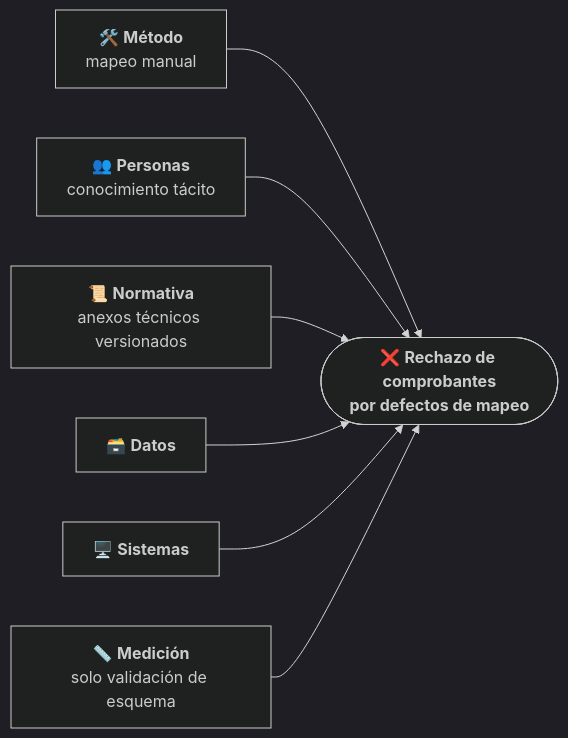
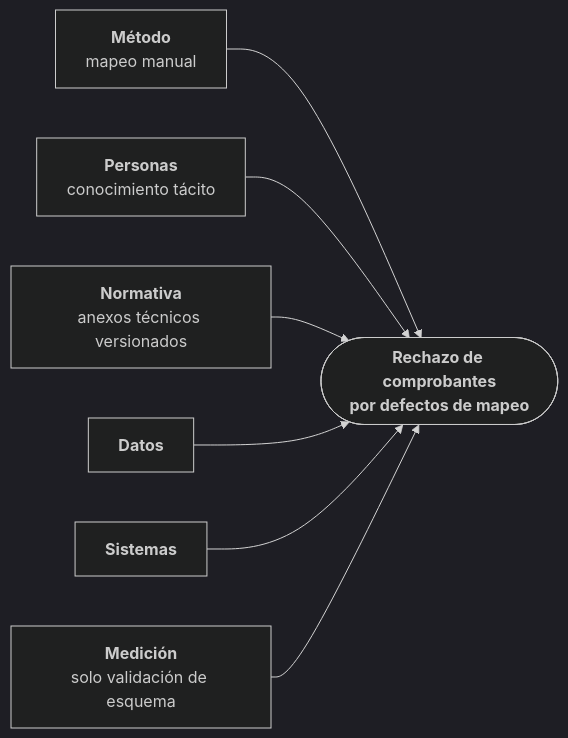
The second of 6 diagrams in entrega-2-borrador-intermedio/README.md (AlejoTechEngineer/veriagent-einvoice-latam), drawn with Mermaid (dark theme) before and after one commit. The commit also changed other lines of this file and 2 other files, not shown here.

````diff
--- a/entrega-2-borrador-intermedio/README.md
+++ b/entrega-2-borrador-intermedio/README.md
@@ -206,10 +206,10 @@
 ```mermaid
 flowchart LR
-    ME["🛠️ <b>Método</b><br/>mapeo manual"] --> EF
-    PE["👥 <b>Personas</b><br/>conocimiento tácito"] --> EF
-    NO["📜 <b>Normativa</b><br/>anexos técnicos versionados"] --> EF
-    DA["🗃️ <b>Datos</b>"] --> EF
-    SI["🖥️ <b>Sistemas</b>"] --> EF
-    MD["📏 <b>Medición</b><br/>solo validación de esquema"] --> EF
-    EF(["❌ <b>Rechazo de comprobantes<br/>por defectos de mapeo</b>"])
+    ME["<b>Método</b><br/>mapeo manual"] --> EF
+    PE["<b>Personas</b><br/>conocimiento tácito"] --> EF
+    NO["<b>Normativa</b><br/>anexos técnicos versionados"] --> EF
+    DA["<b>Datos</b>"] --> EF
+    SI["<b>Sistemas</b>"] --> EF
+    MD["<b>Medición</b><br/>solo validación de esquema"] --> EF
+    EF(["<b>Rechazo de comprobantes<br/>por defectos de mapeo</b>"])
 ```
````
